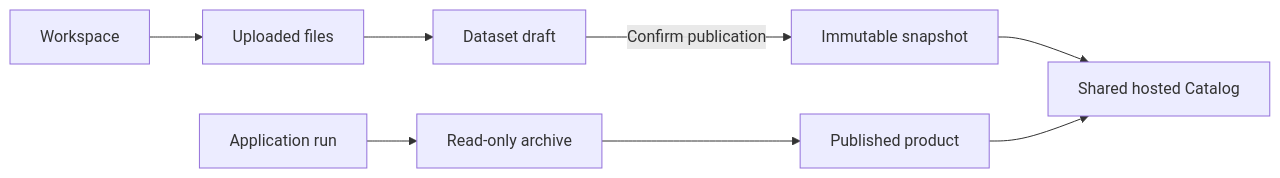
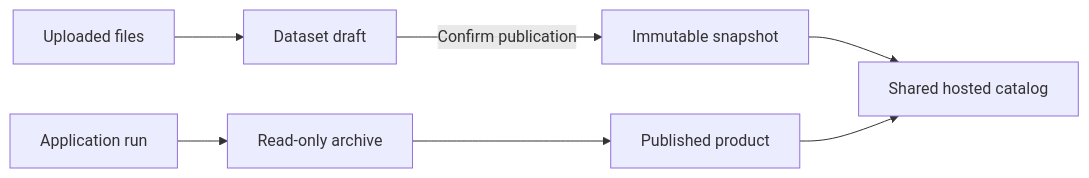
One commit to rdcn-link/conet changed the diagram in docs/workspaces.md. Above: the diagram before and after it, drawn with Mermaid. The commit also changed other lines of this file and 72 other files, not shown here.

````diff
--- a/docs/workspaces.md
+++ b/docs/workspaces.md
@@ -11,10 +9,9 @@
 ```mermaid
 flowchart LR
-  W[Workspace] --> F[Uploaded files]
-  F --> D[Dataset draft]
+  F[Uploaded files] --> D[Dataset draft]
   D -->|Confirm publication| S[Immutable snapshot]
   J[Application run] --> R[Read-only archive]
   R --> P[Published product]
-  S --> C[Shared hosted Catalog]
+  S --> C[Shared hosted catalog]
   P --> C
 ```
````
